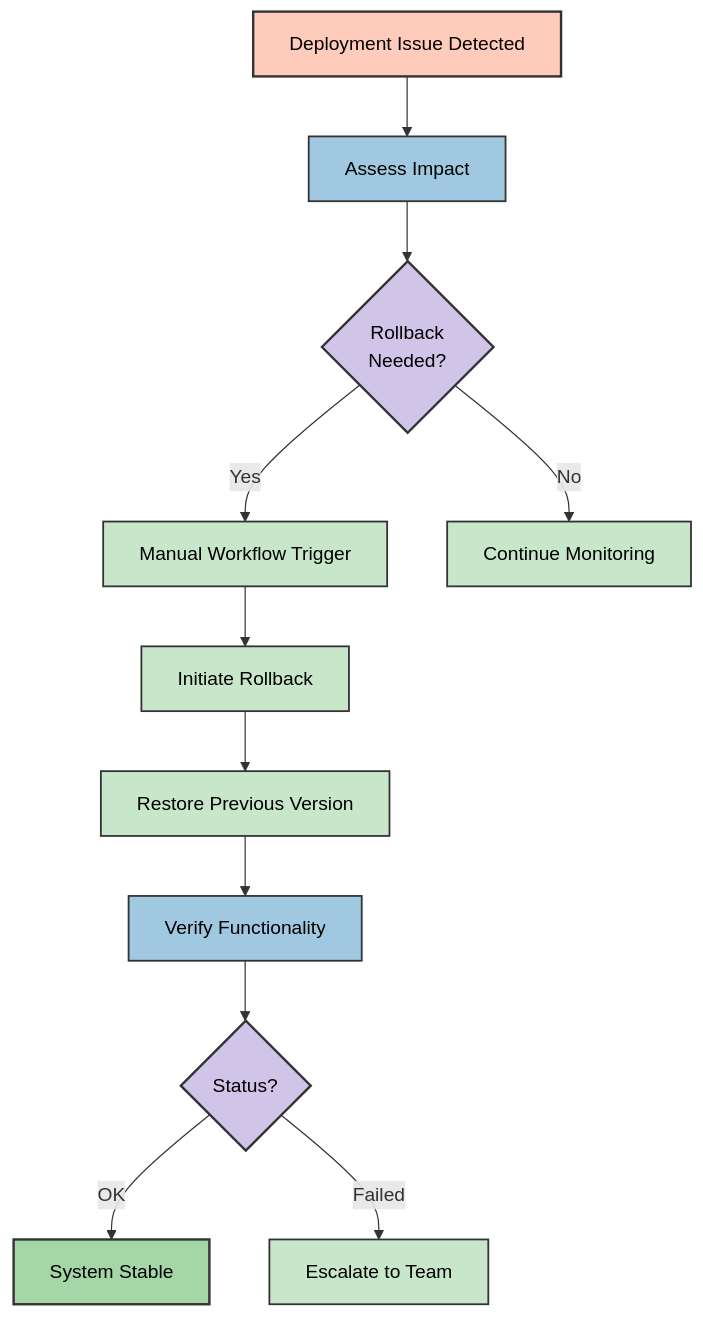
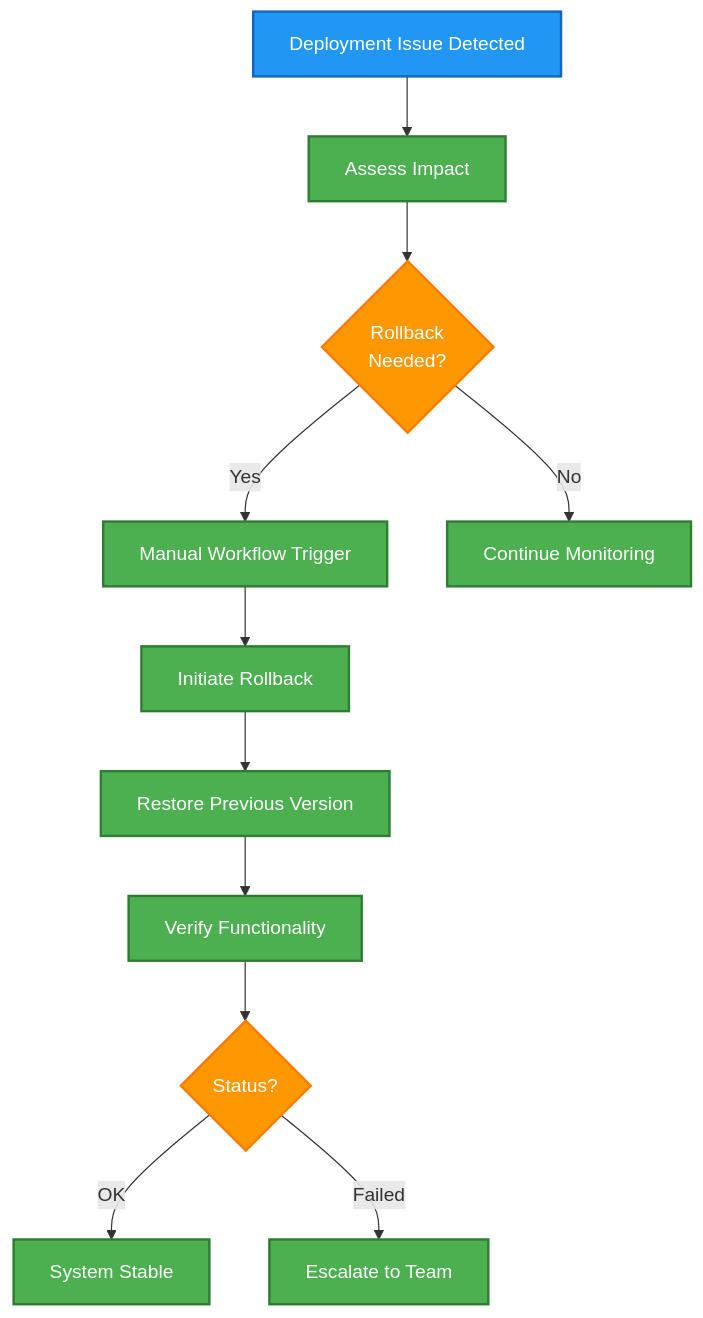
One commit to step-security-bot/cia-compliance-manager changed diagram 12 of 13 in docs/architecture/WORKFLOWS.md. Above: the diagram before and after it, drawn with Mermaid. The commit also changed other lines of this file and 27 other files, not shown here.

First line of the commit message:
fix: resolve broken mermaid diagrams and improve color coding to match ISMS style guide (#1106)

````diff
--- a/docs/architecture/WORKFLOWS.md
+++ b/docs/architecture/WORKFLOWS.md
@@ -1274,25 +1274,25 @@
 ```mermaid
 flowchart TD
     Issue[Deployment Issue Detected] --> Assess[Assess Impact]
     Assess --> Decision{Rollback<br>Needed?}
     Decision -->|Yes| Manual[Manual Workflow Trigger]
     Decision -->|No| Monitor[Continue Monitoring]
     Manual --> Rollback[Initiate Rollback]
     Rollback --> PrevVersion[Restore Previous Version]
     PrevVersion --> VerifyHealth[Verify Functionality]
     VerifyHealth --> Healthy{Status?}
     Healthy -->|OK| Stable[System Stable]
     Healthy -->|Failed| Escalate[Escalate to Team]
     
-    classDef issueNode fill:#ffccbc,stroke:#333,stroke-width:2px,color:black
-    classDef processNode fill:#a0c8e0,stroke:#333,stroke-width:1.5px,color:black
-    classDef decisionNode fill:#d1c4e9,stroke:#333,stroke-width:2px,color:black
-    classDef actionNode fill:#c8e6c9,stroke:#333,stroke-width:1.5px,color:black
-    classDef successNode fill:#a5d6a7,stroke:#333,stroke-width:2px,color:black
+    classDef issueNode fill:#2196F3,stroke:#1565C0,stroke-width:2px,color:#ffffff
+    classDef processNode fill:#4CAF50,stroke:#2E7D32,stroke-width:2px,color:#ffffff
+    classDef decisionNode fill:#FF9800,stroke:#F57C00,stroke-width:2px,color:#ffffff
+    classDef actionNode fill:#4CAF50,stroke:#2E7D32,stroke-width:2px,color:#ffffff
+    classDef successNode fill:#4CAF50,stroke:#2E7D32,stroke-width:2px,color:#ffffff
     
     class Issue issueNode
     class Assess,VerifyHealth processNode
     class Decision,Healthy decisionNode
     class Manual,Rollback,PrevVersion,Monitor,Escalate actionNode
     class Stable successNode
 ```
````
